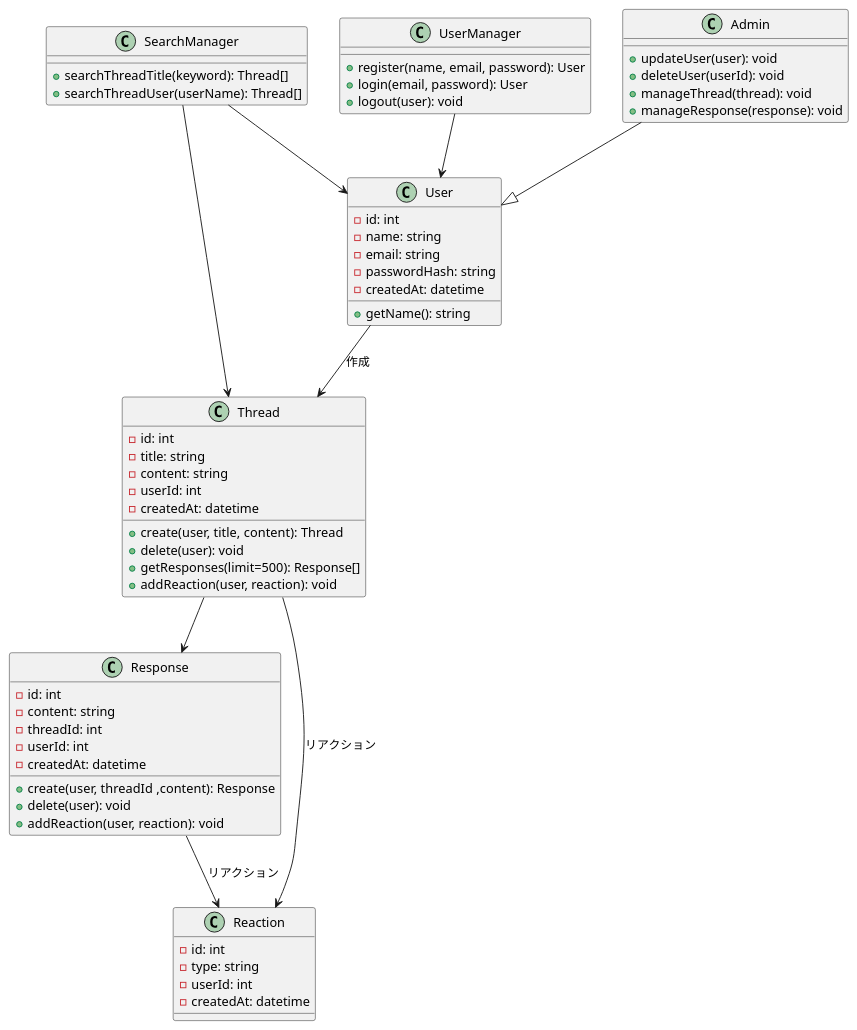
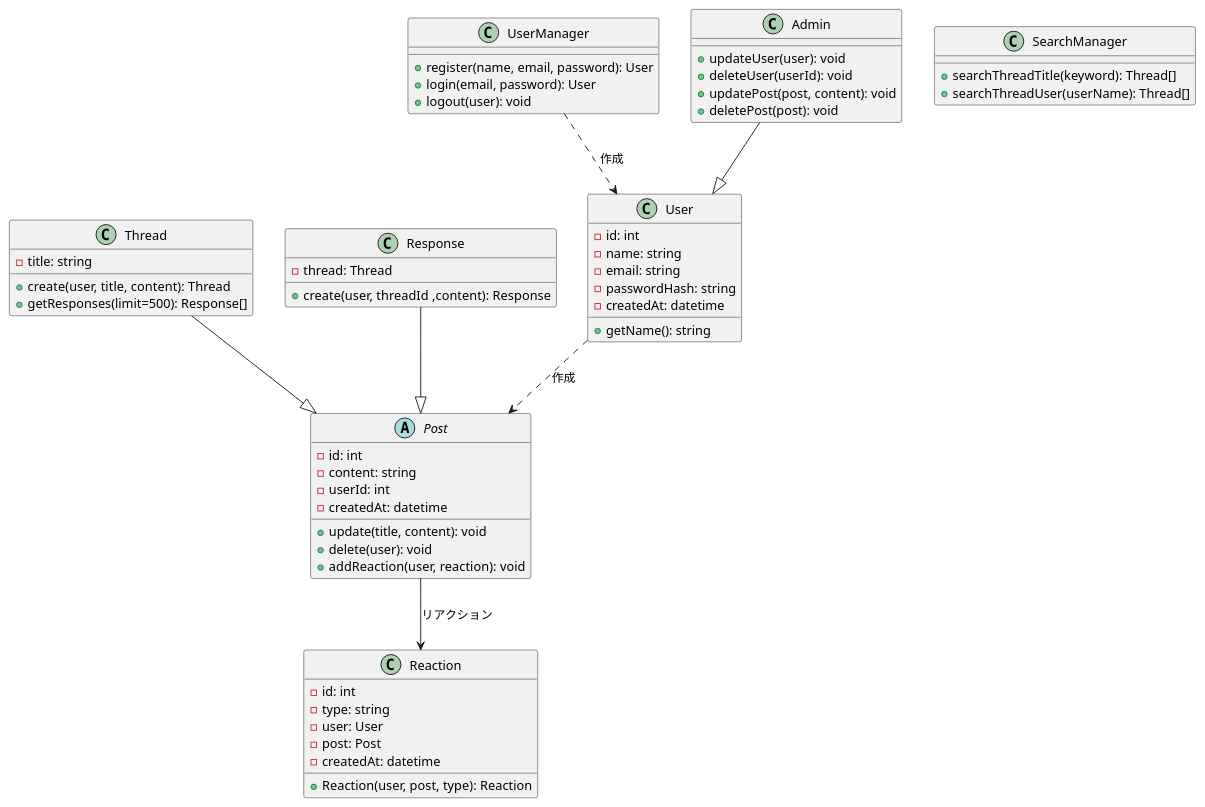
Before and after one commit to nanotech-soya-kousuke/bbs-app: the diagram in docs/設計/diagrams/class.puml, drawn with PlantUML. The commit also changed 11 other files, not shown here.

Commit message:
クラス図・シーケンス図編集

```diff
--- a/docs/設計/diagrams/class.puml
+++ b/docs/設計/diagrams/class.puml
@@ -1,68 +1,66 @@
 @startuml
 
 class User {
   - id: int
   - name: string
   - email: string
   - passwordHash: string
   - createdAt: datetime
   + getName(): string
 }
 
 class UserManager{
   + register(name, email, password): User
   + login(email, password): User
   + logout(user): void
 }
 
 class SearchManager{
   + searchThreadTitle(keyword): Thread[]
   + searchThreadUser(userName): Thread[]
 }
 
-class Thread {
+abstract class Post {
   - id: int
-  - title: string
   - content: string
   - userId: int
   - createdAt: datetime
-  + create(user, title, content): Thread
+  + update(title, content): void
   + delete(user): void
-  + getResponses(limit=500): Response[]
   + addReaction(user, reaction): void
 }
 
+class Thread {
+  - title: string
+  + create(user, title, content): Thread
+  + getResponses(limit=500): Response[]
+}
+
 class Response {
-  - id: int
-  - content: string
-  - threadId: int
-  - userId: int
-  - createdAt: datetime
+  - thread: Thread
   + create(user, threadId ,content): Response
-  + delete(user): void
-  + addReaction(user, reaction): void
 }
 
 class Admin {
   + updateUser(user): void
   + deleteUser(userId): void
-  + manageThread(thread): void
-  + manageResponse(response): void
+  + updatePost(post, content): void
+  + deletePost(post): void
 }
 
 class Reaction {
   - id: int
   - type: string
-  - userId: int
+  - user: User
+  - post: Post
   - createdAt: datetime
+  + Reaction(user, post, type): Reaction
 }
 
-User --> Thread : 作成
-Thread --> Response
-Thread --> Reaction : リアクション
-Response --> Reaction : リアクション
+User ..> Post : 作成
+Post --> Reaction : リアクション
+Thread --|> Post
+Response --|> Post
 Admin --|> User
-UserManager --> User
-SearchManager --> Thread
-SearchManager --> User
+UserManager ..> User : 作成
 @enduml
```
